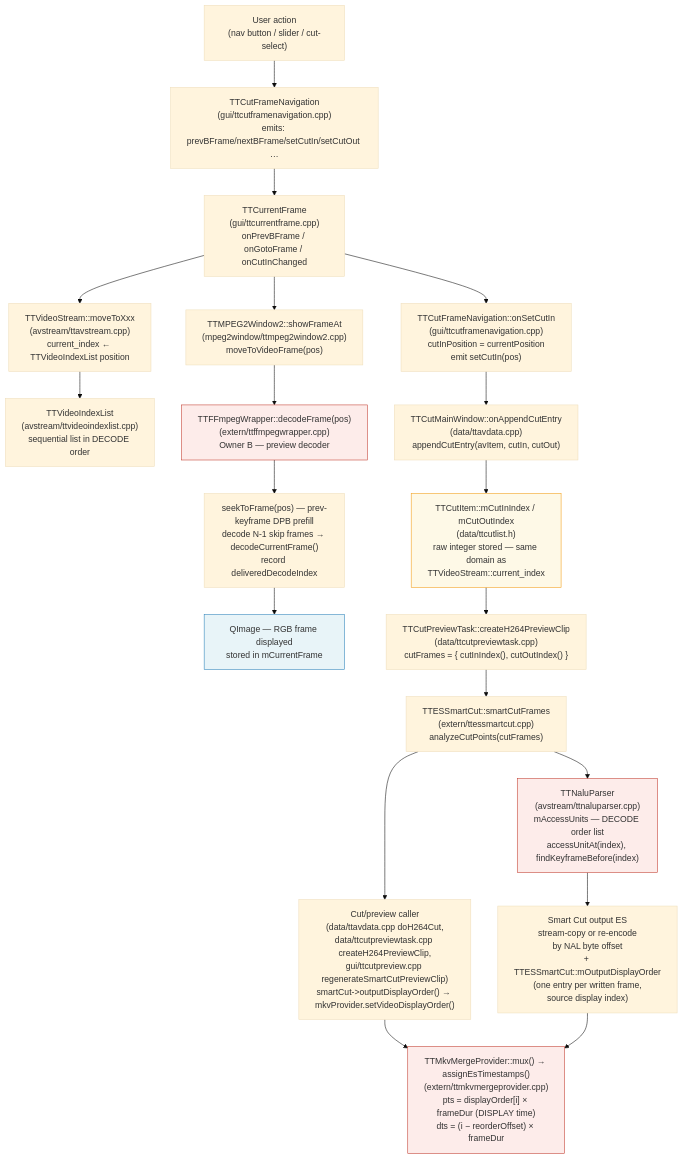
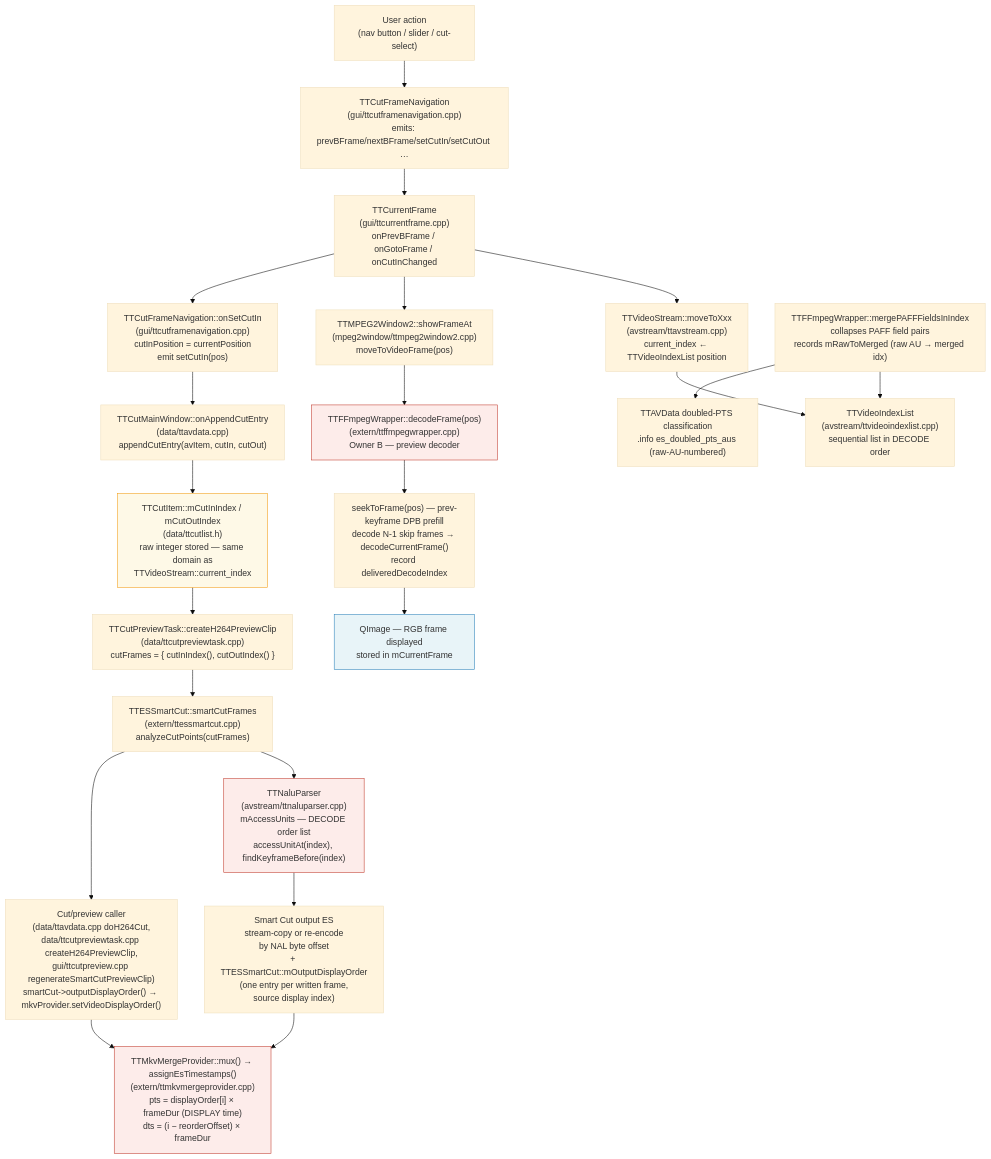
The diagram in docs/code-map/frame-order.md (MINIXJR/TTCut-ng), drawn with Mermaid (base theme) before and after one commit. The commit also changed other lines of this file, not shown here.

Commit message:
code-map: frame-order — raw->merged AU domain, metadata adoption, EOS/EOB rule

````diff
--- a/docs/code-map/frame-order.md
+++ b/docs/code-map/frame-order.md
@@ -43,36 +44,41 @@
 ```mermaid
 flowchart TD
     A["User action<br/>(nav button / slider / cut-select)"]
     B["TTCutFrameNavigation<br/>(gui/ttcutframenavigation.cpp)<br/>emits: prevBFrame/nextBFrame/setCutIn/setCutOut …"]
     C["TTCurrentFrame<br/>(gui/ttcurrentframe.cpp)<br/>onPrevBFrame / onGotoFrame / onCutInChanged"]
     D["TTVideoStream::moveToXxx<br/>(avstream/ttavstream.cpp)<br/>current_index ← TTVideoIndexList position"]
     E["TTVideoIndexList<br/>(avstream/ttvideoindexlist.cpp)<br/>sequential list in DECODE order"]
     F["TTMPEG2Window2::showFrameAt<br/>(mpeg2window/ttmpeg2window2.cpp)<br/>moveToVideoFrame(pos)"]
     G["TTFFmpegWrapper::decodeFrame(pos)<br/>(extern/ttffmpegwrapper.cpp)<br/>Owner B — preview decoder"]
     H["seekToFrame(pos) — prev-keyframe DPB prefill<br/>decode N-1 skip frames → decodeCurrentFrame()<br/>record deliveredDecodeIndex"]
     I["QImage — RGB frame displayed<br/>stored in mCurrentFrame"]
     J["TTCutFrameNavigation::onSetCutIn<br/>(gui/ttcutframenavigation.cpp)<br/>cutInPosition = currentPosition<br/>emit setCutIn(pos)"]
     K["TTCutMainWindow::onAppendCutEntry<br/>(data/ttavdata.cpp)<br/>appendCutEntry(avItem, cutIn, cutOut)"]
     L["TTCutItem::mCutInIndex / mCutOutIndex<br/>(data/ttcutlist.h)<br/>raw integer stored — same domain as<br/>TTVideoStream::current_index"]
     M["TTCutPreviewTask::createH264PreviewClip<br/>(data/ttcutpreviewtask.cpp)<br/>cutFrames = { cutInIndex(), cutOutIndex() }"]
     N["TTESSmartCut::smartCutFrames<br/>(extern/ttessmartcut.cpp)<br/>analyzeCutPoints(cutFrames)"]
     O["TTNaluParser<br/>(avstream/ttnaluparser.cpp)<br/>mAccessUnits — DECODE order list<br/>accessUnitAt(index), findKeyframeBefore(index)"]
     P["Smart Cut output ES<br/>stream-copy or re-encode<br/>by NAL byte offset<br/>+ TTESSmartCut::mOutputDisplayOrder<br/>(one entry per written frame,<br/>source display index)"]
     Q["Cut/preview caller<br/>(data/ttavdata.cpp doH264Cut,<br/>data/ttcutpreviewtask.cpp createH264PreviewClip,<br/>gui/ttcutpreview.cpp regenerateSmartCutPreviewClip)<br/>smartCut->outputDisplayOrder() → mkvProvider.setVideoDisplayOrder()"]
     R["TTMkvMergeProvider::mux() → assignEsTimestamps()<br/>(extern/ttmkvmergeprovider.cpp)<br/>pts = displayOrder[i] × frameDur (DISPLAY time)<br/>dts = (i − reorderOffset) × frameDur"]
 
+    MRG["TTFFmpegWrapper::mergePAFFFieldsInIndex<br/>collapses PAFF field pairs<br/>records mRawToMerged (raw AU → merged idx)"]
+    DPC["TTAVData doubled-PTS classification<br/>.info es_doubled_pts_aus (raw-AU-numbered)"]
+
     A --> B --> C
     C --> D --> E
+    MRG --> E
+    MRG --> DPC
     C --> F
     F --> G --> H --> I
     C --> J --> K --> L
     L --> M --> N --> O --> P
     N --> Q --> R
     P --> R
 
     style I fill:#e8f4f8,stroke:#2980b9
     style L fill:#fef9e7,stroke:#f39c12
     style G fill:#fdecea,stroke:#c0392b
     style O fill:#fdecea,stroke:#c0392b
     style R fill:#fdecea,stroke:#c0392b
 ```
````
